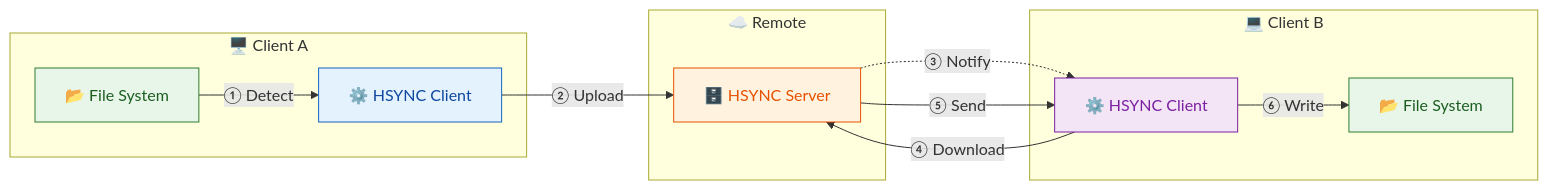
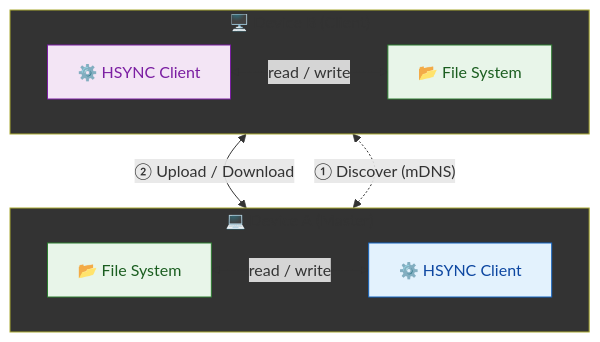
The first of 2 diagrams in README.md (albertsdk/hsync-client), drawn with Mermaid before and after one commit. The commit also changed other lines of this file, not shown here.

````diff
--- a/README.md
+++ b/README.md
@@ -205,29 +124,23 @@
 ```mermaid
-flowchart LR
-    subgraph LocalA["🖥️ Client A"]
-        FSA["📂 File System"]
-        CA["⚙️ HSYNC Client"]
+flowchart TB
+    subgraph DeviceA["💻 Device A (Master)"]
+        direction LR
+        FSA["📂 File System"]<-->|"read / write"| CA["⚙️ HSYNC Client"]
     end
 
-    subgraph Remote["☁️ Remote"]
-        SERVER["🗄️ HSYNC Server"]
+    subgraph DeviceB["🖥️ Device B (Client)"]
+        direction LR
+        CB["⚙️ HSYNC Client"]<-->|"read / write"| FSB["📂 File System"]
     end
 
-    subgraph LocalB["💻 Client B"]
-        CB["⚙️ HSYNC Client"]
-        FSB["📂 File System"]
-    end
+    CA <-.->|"① Discover (mDNS)"| CB
+    CB <-->|"② Upload / Download"| CA
 
-    FSA -->|"① Detect"| CA
-    CA -->|"② Upload"| SERVER
-    SERVER -.->|"③ Notify"| CB
-    CB -->|"④ Download"| SERVER
-    SERVER -->|"⑤ Send"| CB
-    CB -->|"⑥ Write"| FSB
+    style DeviceA fill:#333333
+    style DeviceB fill:#333333
 
     style FSA fill:#e8f5e9,stroke:#2e7d32,color:#1b5e20
     style CA fill:#e3f2fd,stroke:#1565c0,color:#0d47a1
-    style SERVER fill:#fff3e0,stroke:#e65100,color:#e65100
     style FSB fill:#e8f5e9,stroke:#2e7d32,color:#1b5e20
     style CB fill:#f3e5f5,stroke:#7b1fa2,color:#7b1fa2
 ```
````
